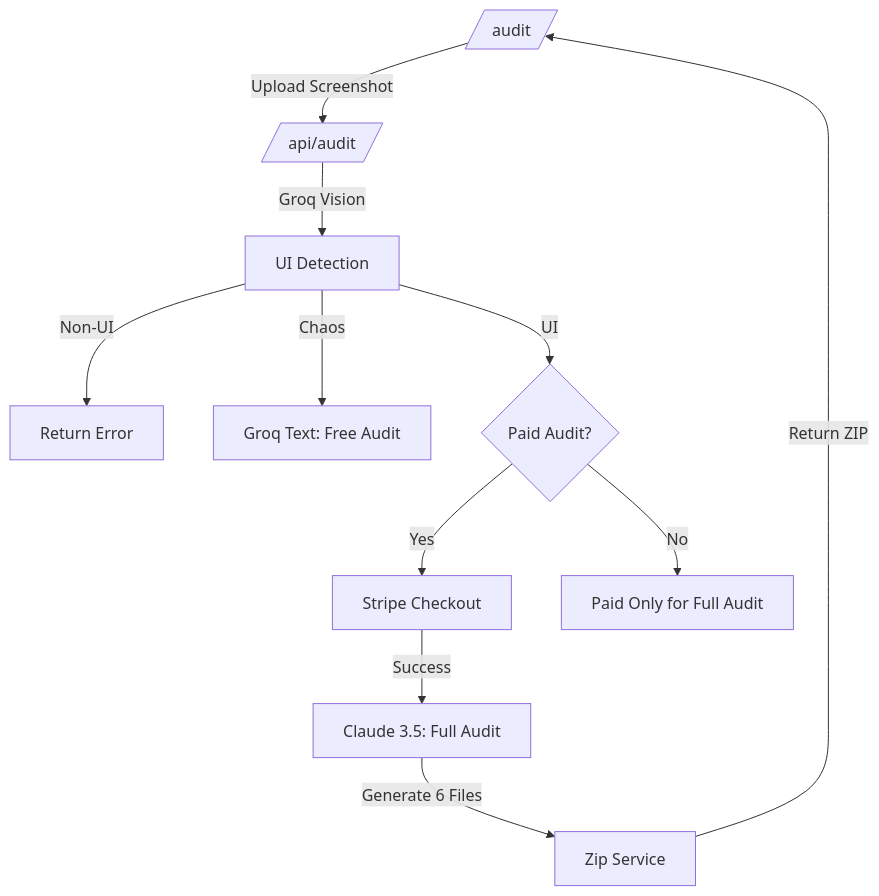
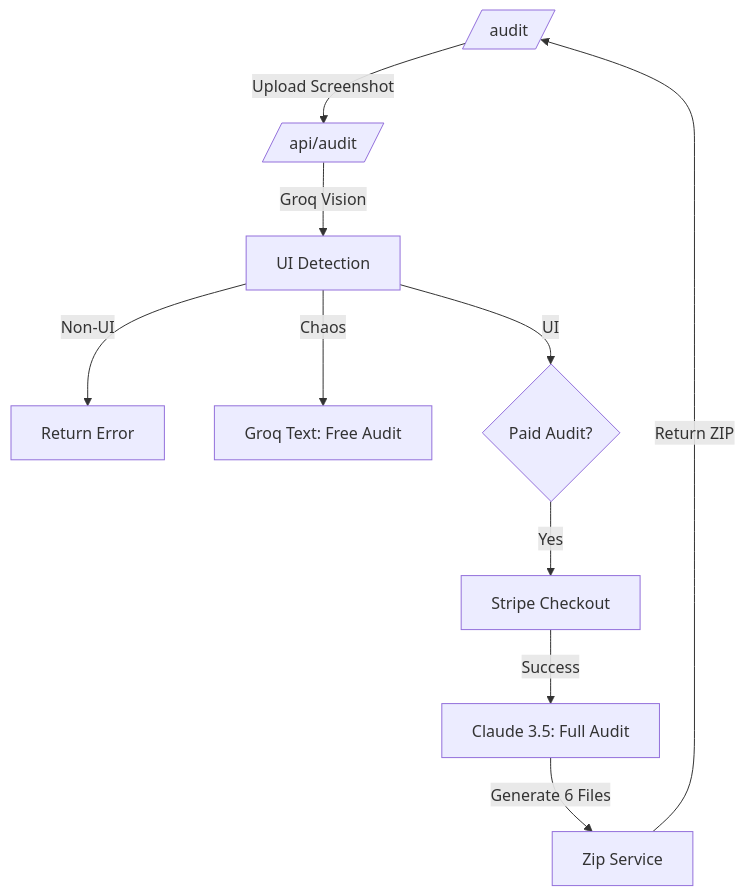
Before and after one commit to Andrii2203/ICEBERG-FRAMEWORK-SITE: the first of 2 diagrams in docs/ARCHITECTURE.md, drawn with Mermaid. The commit also changed other lines of this file and 37 other files, not shown here.

````diff
--- a/docs/ARCHITECTURE.md
+++ b/docs/ARCHITECTURE.md
@@ -82,13 +84,12 @@
 ```mermaid
 graph TD
     User[/audit/] --> |Upload Screenshot| Orchestrator[/api/audit/]
     Orchestrator --> |Groq Vision| Detection[UI Detection]
     Detection --> |Non-UI| Error[Return Error]
     Detection --> |Chaos| FreeAudit[Groq Text: Free Audit]
     Detection --> |UI| StripeCheck{Paid Audit?}
     StripeCheck --> |Yes| Stripe[Stripe Checkout]
     Stripe --> |Success| Claude[Claude 3.5: Full Audit]
     Claude --> |Generate 6 Files| Zip[Zip Service]
     Zip --> |Return ZIP| User
-    StripeCheck --> |No| Error2[Paid Only for Full Audit]
 ```
````
